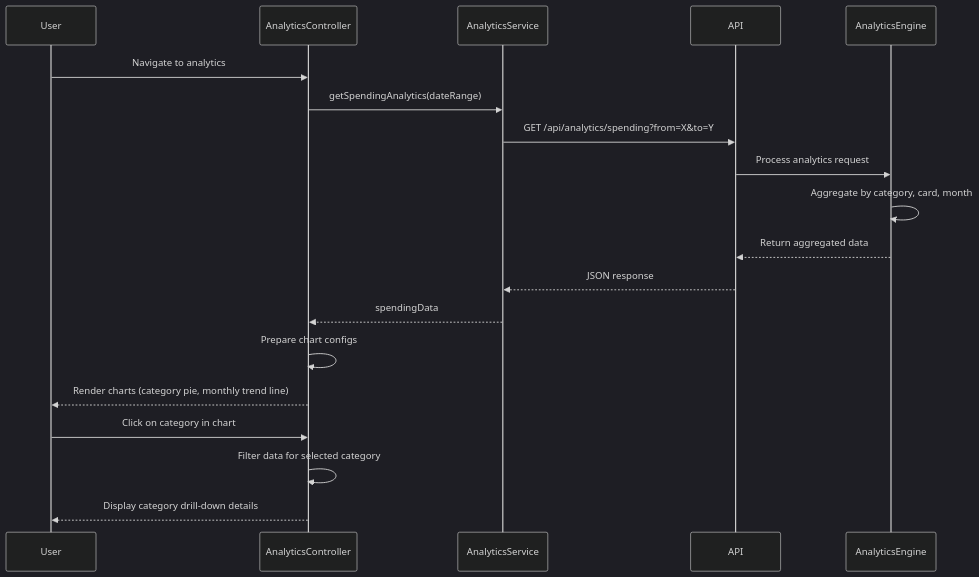
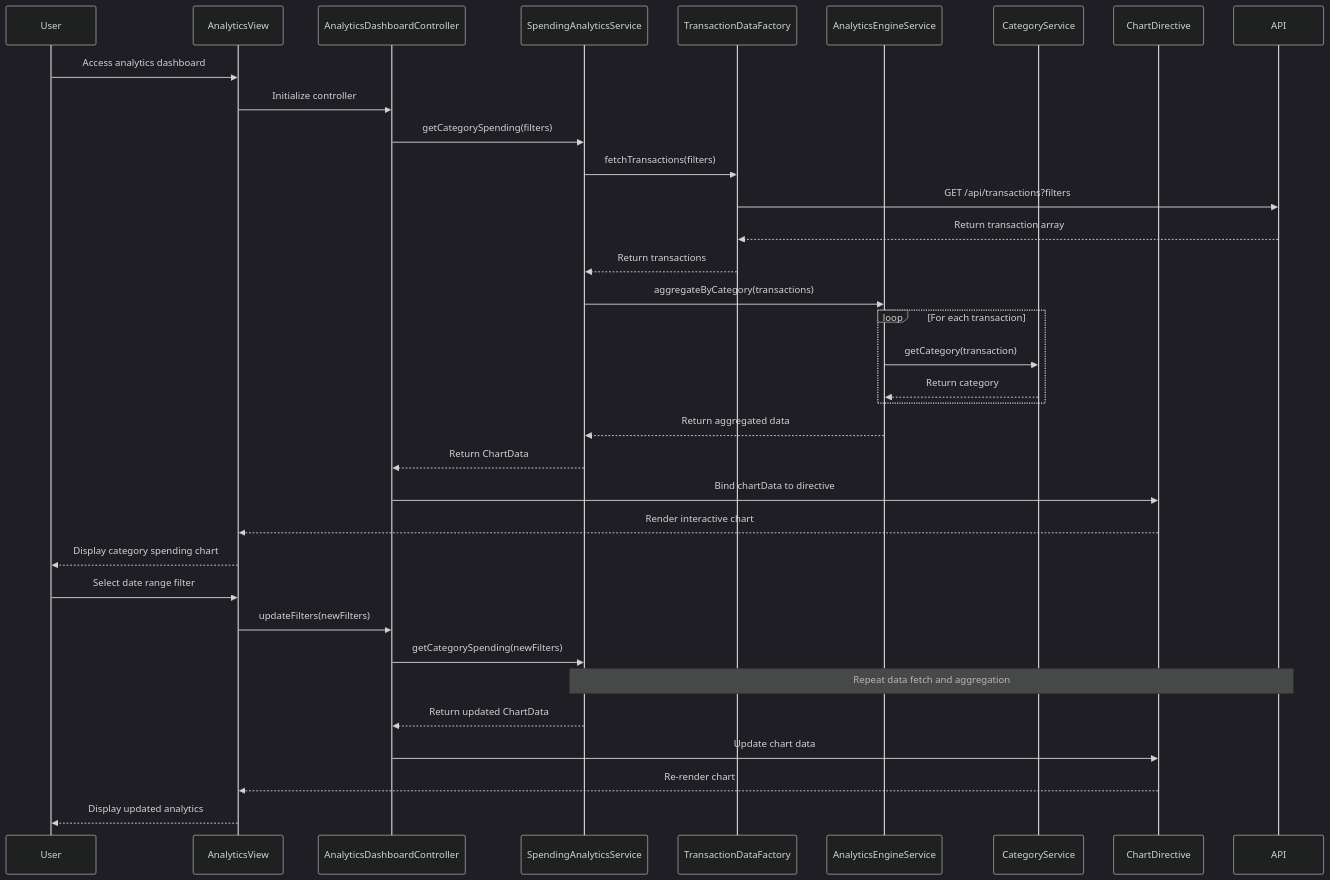
Before and after one commit to AAVA-Demo/APB_Demo: the diagram in LLD/QE-7871_LLD.md, drawn with Mermaid (dark theme). The commit also changed other lines of this file and 5 other files, not shown here.

````diff
--- a/LLD/QE-7871_LLD.md
+++ b/LLD/QE-7871_LLD.md
@@ -80,22 +99,38 @@
 ```mermaid
 sequenceDiagram
     participant User
-    participant AnalyticsController
-    participant AnalyticsService
+    participant AnalyticsView
+    participant AnalyticsDashboardController
+    participant SpendingAnalyticsService
+    participant TransactionDataFactory
+    participant AnalyticsEngineService
+    participant CategoryService
+    participant ChartDirective
     participant API
-    participant AnalyticsEngine
 
-    User->>AnalyticsController: Navigate to analytics
-    AnalyticsController->>AnalyticsService: getSpendingAnalytics(dateRange)
-    AnalyticsService->>API: GET /api/analytics/spending?from=X&to=Y
-    API->>AnalyticsEngine: Process analytics request
-    AnalyticsEngine->>AnalyticsEngine: Aggregate by category, card, month
-    AnalyticsEngine-->>API: Return aggregated data
-    API-->>AnalyticsService: JSON response
-    AnalyticsService-->>AnalyticsController: spendingData
-    AnalyticsController->>AnalyticsController: Prepare chart configs
-    AnalyticsController-->>User: Render charts (category pie, monthly trend line)
-    User->>AnalyticsController: Click on category in chart
-    AnalyticsController->>AnalyticsController: Filter data for selected category
-    AnalyticsController-->>User: Display category drill-down details
+    User->>AnalyticsView: Access analytics dashboard
+    AnalyticsView->>AnalyticsDashboardController: Initialize controller
+    AnalyticsDashboardController->>SpendingAnalyticsService: getCategorySpending(filters)
+    SpendingAnalyticsService->>TransactionDataFactory: fetchTransactions(filters)
+    TransactionDataFactory->>API: GET /api/transactions?filters
+    API-->>TransactionDataFactory: Return transaction array
+    TransactionDataFactory-->>SpendingAnalyticsService: Return transactions
+    SpendingAnalyticsService->>AnalyticsEngineService: aggregateByCategory(transactions)
+    loop For each transaction
+        AnalyticsEngineService->>CategoryService: getCategory(transaction)
+        CategoryService-->>AnalyticsEngineService: Return category
+    end
+    AnalyticsEngineService-->>SpendingAnalyticsService: Return aggregated data
+    SpendingAnalyticsService-->>AnalyticsDashboardController: Return ChartData
+    AnalyticsDashboardController->>ChartDirective: Bind chartData to directive
+    ChartDirective-->>AnalyticsView: Render interactive chart
+    AnalyticsView-->>User: Display category spending chart
+    User->>AnalyticsView: Select date range filter
+    AnalyticsView->>AnalyticsDashboardController: updateFilters(newFilters)
+    AnalyticsDashboardController->>SpendingAnalyticsService: getCategorySpending(newFilters)
+    Note over SpendingAnalyticsService,API: Repeat data fetch and aggregation
+    SpendingAnalyticsService-->>AnalyticsDashboardController: Return updated ChartData
+    AnalyticsDashboardController->>ChartDirective: Update chart data
+    ChartDirective-->>AnalyticsView: Re-render chart
+    AnalyticsView-->>User: Display updated analytics
 ```
````
